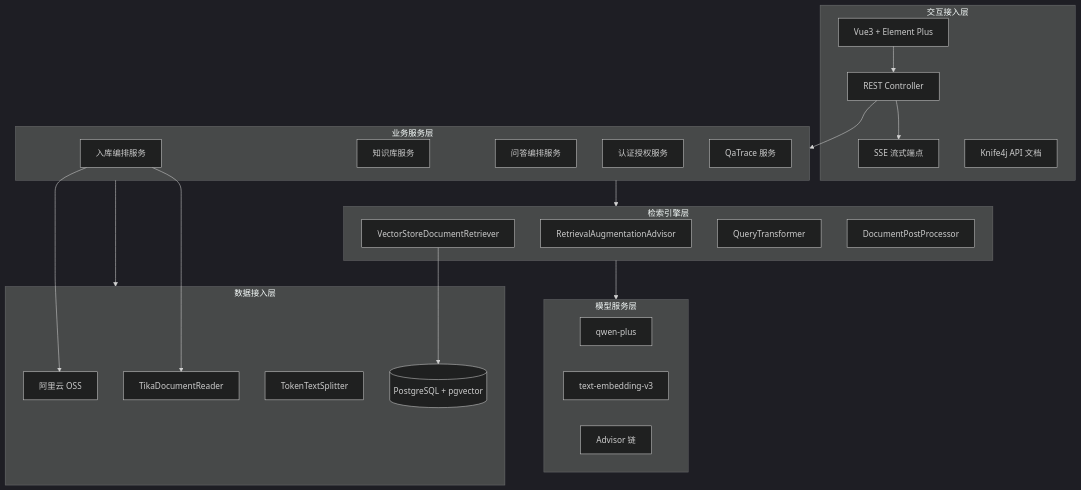
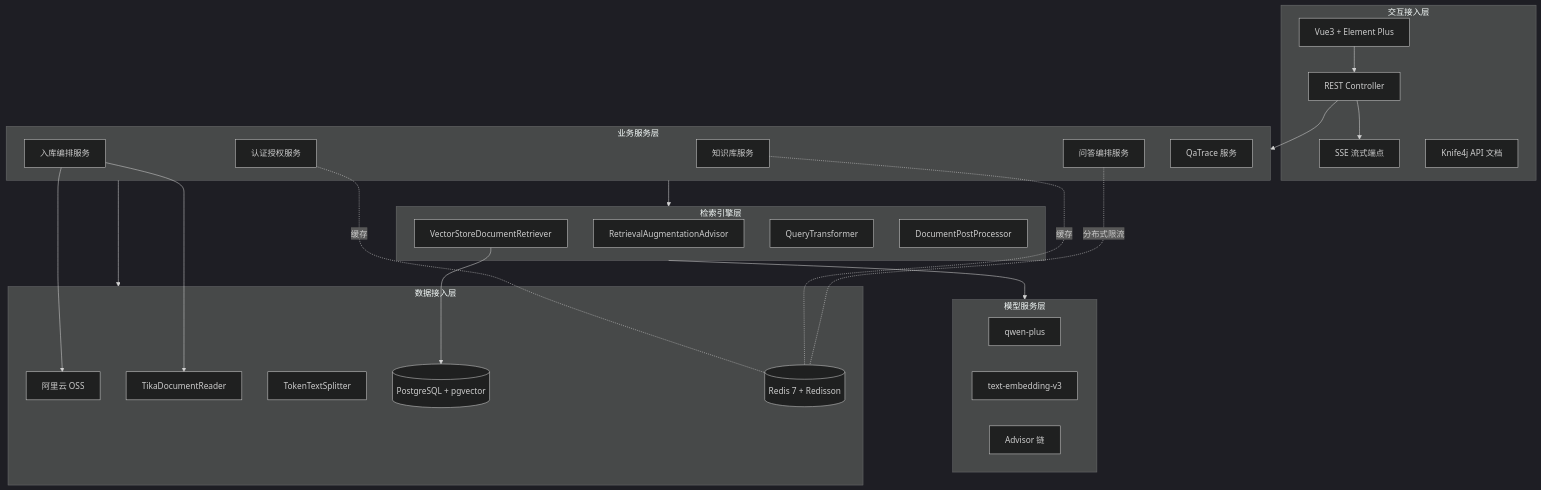
One commit to codeson-1/KnowSource changed the second of 12 diagrams in docs/architecture/KnowSource-RAG-架构设计文档.md. Above: the diagram before and after it, drawn with Mermaid (dark theme). The commit also changed other lines of this file and 38 other files, not shown here.

````diff
--- a/docs/architecture/KnowSource-RAG-架构设计文档.md
+++ b/docs/architecture/KnowSource-RAG-架构设计文档.md
@@ -280,42 +283,46 @@
 ```mermaid
 flowchart TB
     subgraph L5 [交互接入层]
         Vue3[Vue3 + Element Plus]
         REST[REST Controller]
         SSE[SSE 流式端点]
         Knife4j[Knife4j API 文档]
     end
     subgraph L4 [业务服务层]
         KbSvc[知识库服务]
         IngestSvc[入库编排服务]
         ChatSvc[问答编排服务]
         AuthSvc[认证授权服务]
         TraceSvc[QaTrace 服务]
     end
     subgraph L3 [检索引擎层]
         RAGAdv[RetrievalAugmentationAdvisor]
         Retriever[VectorStoreDocumentRetriever]
         QueryT[QueryTransformer]
         PostP[DocumentPostProcessor]
     end
     subgraph L2 [模型服务层]
         ChatModel[qwen-plus]
         EmbedModel[text-embedding-v3]
         Advisors[Advisor 链]
     end
     subgraph L1 [数据接入层]
         OSS[阿里云 OSS]
         Tika[TikaDocumentReader]
         Splitter[TokenTextSplitter]
         PG[(PostgreSQL + pgvector)]
+        Redis[(Redis 7 + Redisson)]
     end
     Vue3 --> REST
     REST --> SSE
     REST --> L4
     L4 --> L3
     L3 --> L2
     L4 --> L1
     Retriever --> PG
     IngestSvc --> OSS
     IngestSvc --> Tika
+    AuthSvc -.缓存.- Redis
+    KbSvc -.缓存.- Redis
+    ChatSvc -.分布式限流.- Redis
 ```
````
